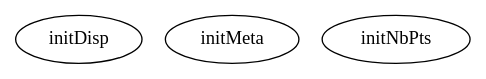
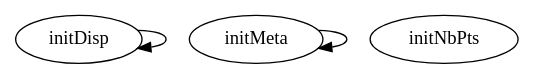
One commit to luclaurent/GRENAT changed the diagram in doc/GRENAT/src/init/graph.dot. Above: the diagram before and after it, drawn with Graphviz. The commit also changed 144 other files, not shown here.

```diff
--- a/doc/GRENAT/src/init/graph.dot
+++ b/doc/GRENAT/src/init/graph.dot
@@ -1,7 +1,9 @@
 /* Created by mdot for Matlab */
 digraph m2html {
+  initDisp -> initDisp;
+  initMeta -> initMeta;
 
   initDisp [URL="initDisp.html"];
   initMeta [URL="initMeta.html"];
   initNbPts [URL="initNbPts.html"];
 }
```
